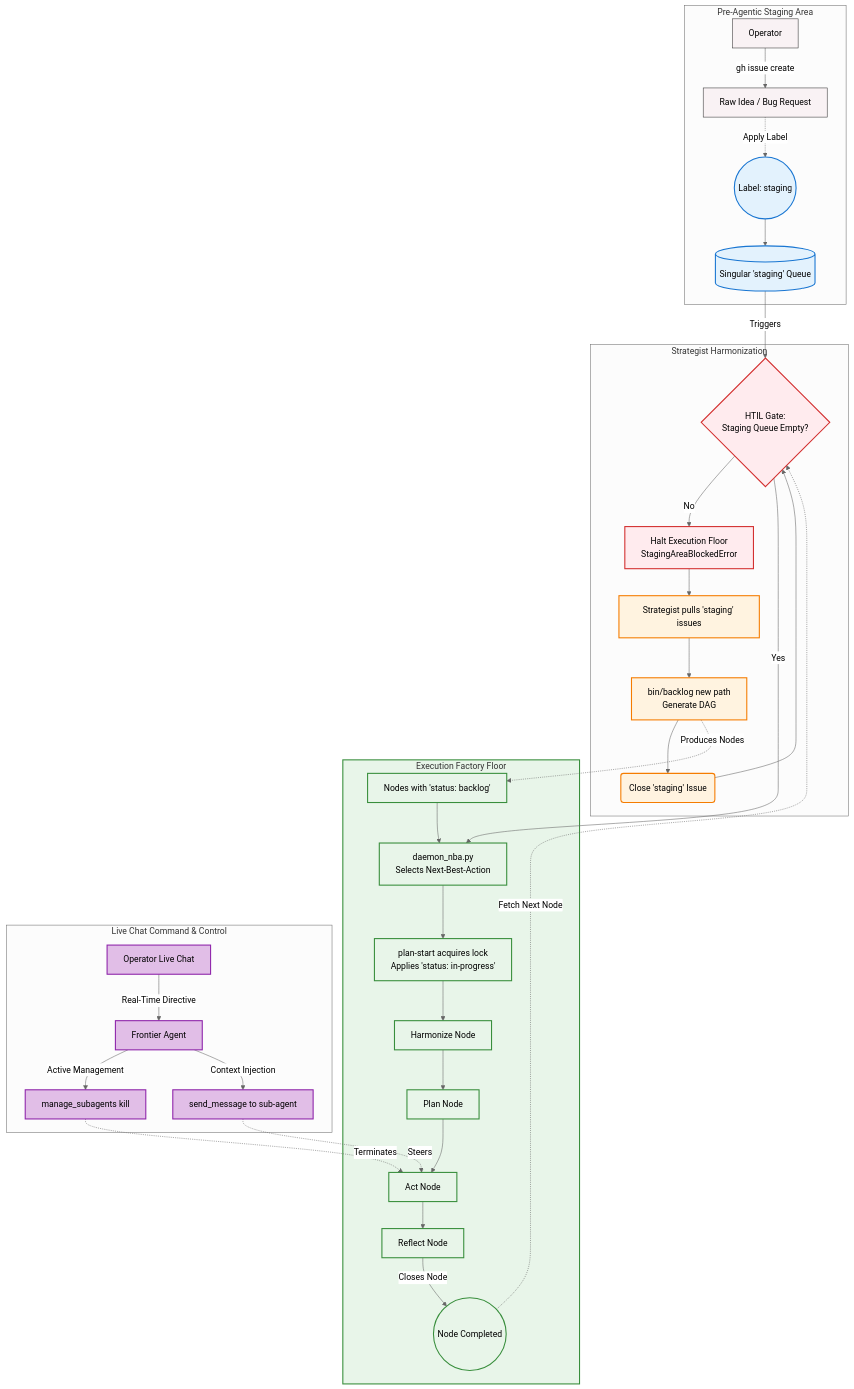
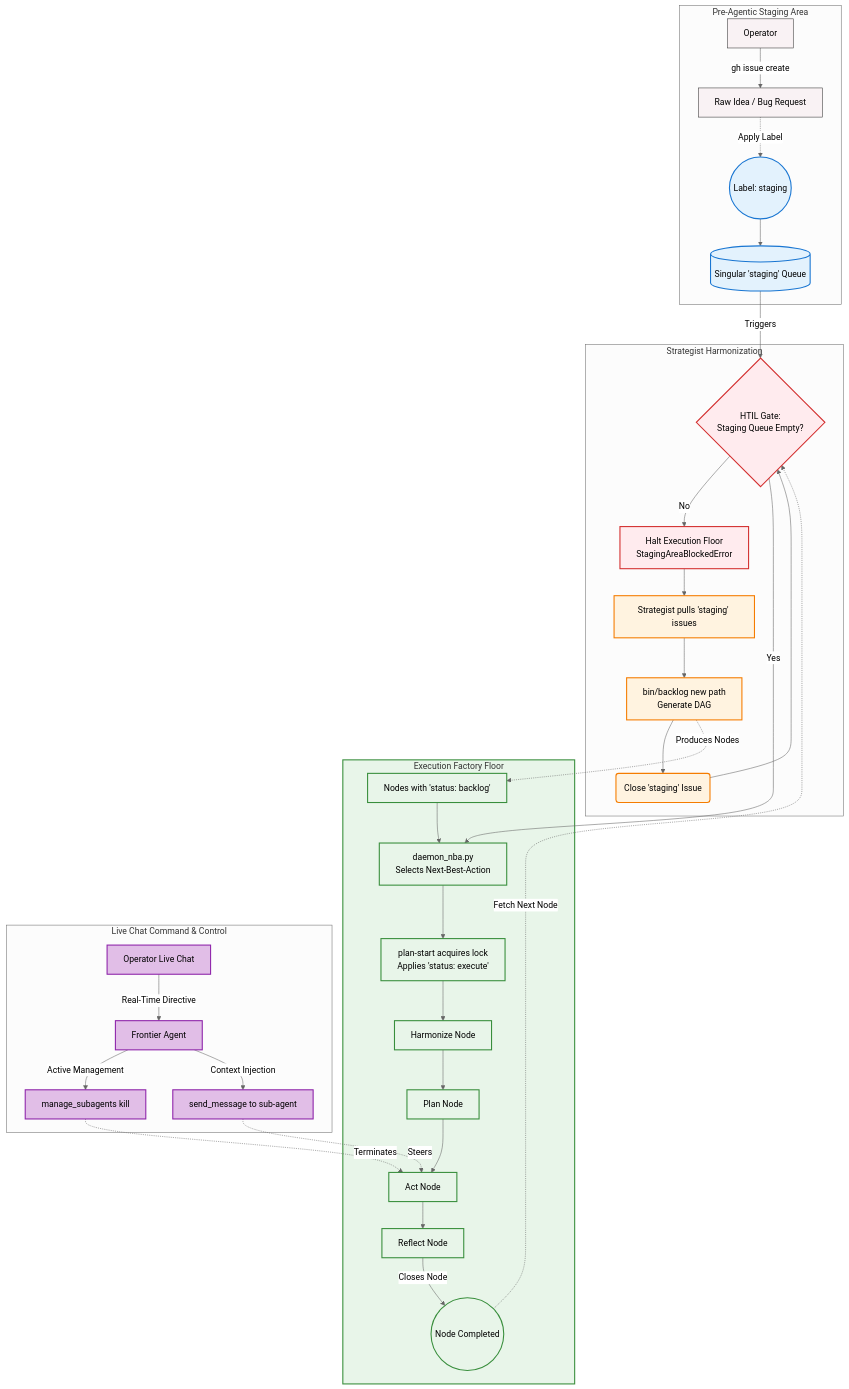
Before and after one commit to pltrinh1122/dyad-wu-wei: the diagram in kb/work_lifecycle.md, drawn with Mermaid (neutral theme). The commit also changed 103 other files, not shown here.

````diff
--- a/kb/work_lifecycle.md
+++ b/kb/work_lifecycle.md
@@ -5,72 +5,72 @@
 ```mermaid
 graph TD
     %% ----------------------------------------------------
     %% 1. The Pre-Agentic Staging Area (Intake)
     %% ----------------------------------------------------
     subgraph Staging[Pre-Agentic Staging Area]
         User[Operator] -->|gh issue create| RawIdea[Raw Idea / Bug Request]
         RawIdea -.->|Apply Label| StagingLabel((Label: staging))
         StagingLabel --> StagingQueue[(Singular 'staging' Queue)]
     end
 
     %% ----------------------------------------------------
     %% 2. The Execution Gate & Harmonization (The Rub)
     %% ----------------------------------------------------
     subgraph Triage[Strategist Harmonization]
         StagingQueue -->|Triggers| HTILGate{HTIL Gate:<br/>Staging Queue Empty?}
         HTILGate -->|No| Block[Halt Execution Floor<br/>StagingAreaBlockedError]
         Block --> PullStaging[Strategist pulls 'staging' issues]
         
         PullStaging --> GenPath[bin/backlog new path<br/>Generate DAG]
         GenPath --> CloseStaging(Close 'staging' Issue)
         CloseStaging --> HTILGate
     end
 
     %% ----------------------------------------------------
     %% 3. The Execution Factory Floor
     %% ----------------------------------------------------
     subgraph Factory[Execution Factory Floor]
         HTILGate -->|Yes| NBA[daemon_nba.py<br/>Selects Next-Best-Action]
         GenPath -.->|Produces Nodes| Backlog[Nodes with 'status: backlog']
         Backlog --> NBA
         
-        NBA --> PlanStart[plan-start acquires lock<br/>Applies 'status: in-progress']
+        NBA --> PlanStart[plan-start acquires lock<br/>Applies 'status: execute']
         
         PlanStart --> ExecHarmonize[Harmonize Node]
         ExecHarmonize --> ExecPlan[Plan Node]
         ExecPlan --> ExecAct[Act Node]
         ExecAct --> ExecReflect[Reflect Node]
         ExecReflect -->|Closes Node| Done((Node Completed))
     end
 
     %% ----------------------------------------------------
     %% 4. Active Swarm Command (Live Chat)
     %% ----------------------------------------------------
     subgraph ActiveSteering[Live Chat Command & Control]
         Chat[Operator Live Chat] -->|Real-Time Directive| Frontier[Frontier Agent]
         Frontier -->|Active Management| Kill[manage_subagents kill]
         Frontier -->|Context Injection| Send[send_message to sub-agent]
         
         Kill -.->|Terminates| ExecAct
         Send -.->|Steers| ExecAct
     end
 
     %% Connections across subgraphs
     Done -.->|Fetch Next Node| HTILGate
 
     %% Styling
     classDef raw fill:#f9f2f4,stroke:#333,stroke-width:1px;
     classDef trigger fill:#fff3e0,stroke:#f57c00,stroke-width:2px;
     classDef execute fill:#e8f5e9,stroke:#388e3c,stroke-width:2px;
     classDef gate fill:#ffebee,stroke:#d32f2f,stroke-width:2px;
     classDef staging fill:#e3f2fd,stroke:#1976d2,stroke-width:2px;
     classDef command fill:#e1bee7,stroke:#8e24aa,stroke-width:2px;
 
     class User,RawIdea raw;
     class StagingQueue,StagingLabel staging;
     class HTILGate,Block gate;
     class PullStaging,GenPath,CloseStaging trigger;
     class Factory,Backlog,NBA,PlanStart,ExecHarmonize,ExecPlan,ExecAct,ExecReflect,Done execute;
     class Chat,Frontier,Kill,Send command;
 
 ```
````
